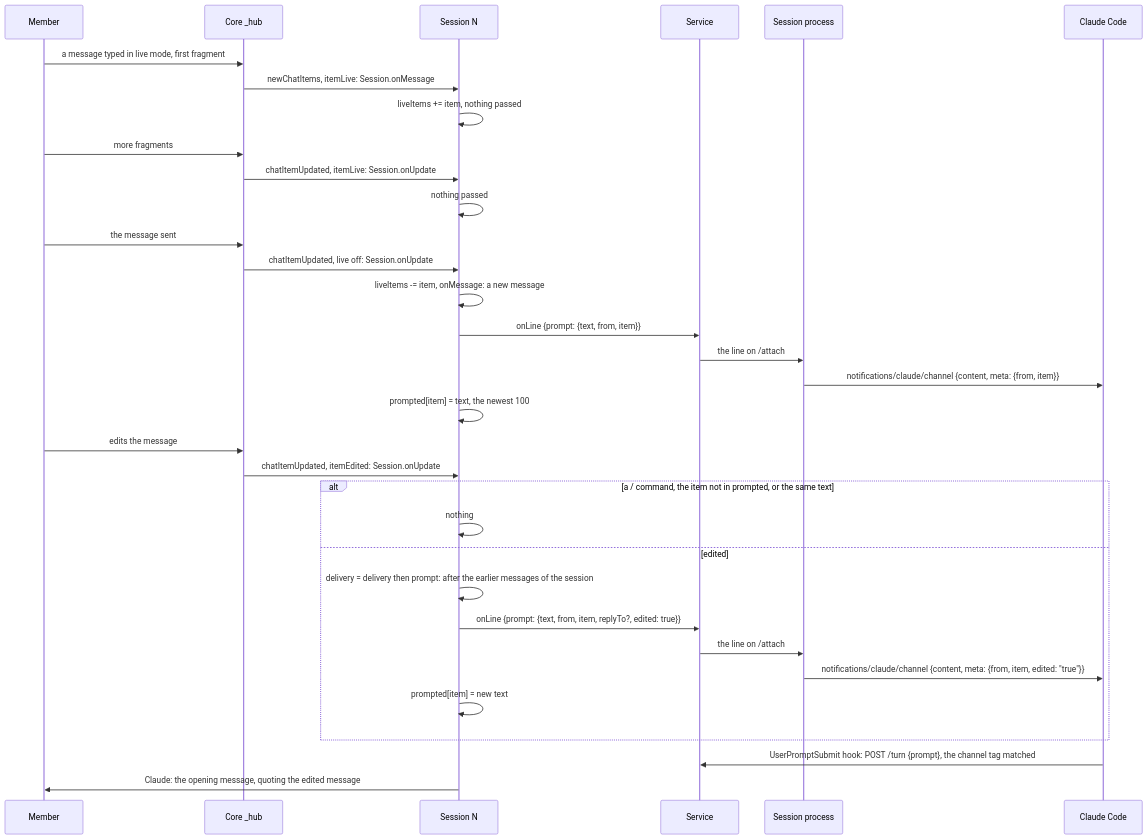
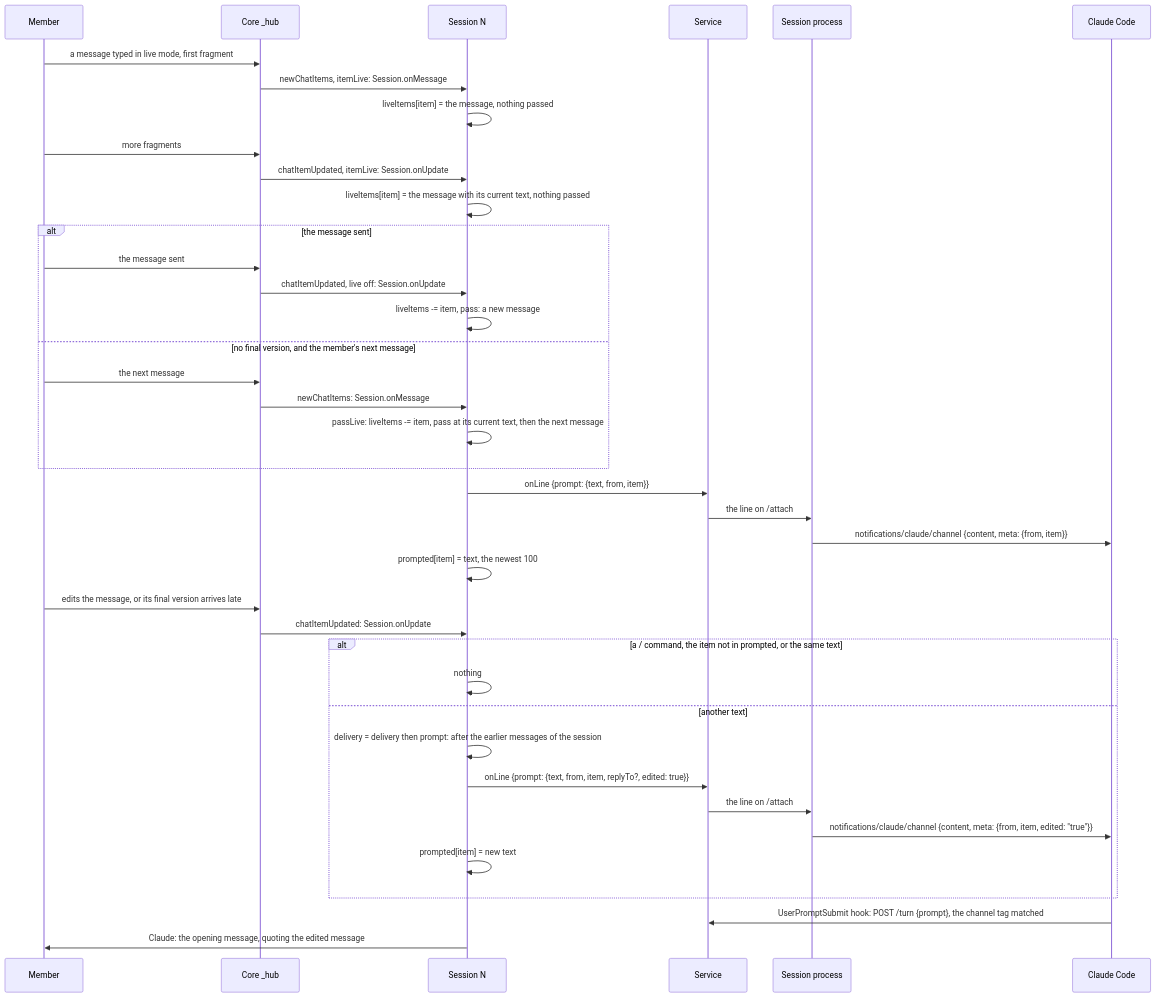
Diagram 40 of 40 in packages/simplex-chat-mcp/spec/flows.md (simplex-chat/simplex-chat), drawn with Mermaid before and after one commit. The commit also changed other lines of this file and 6 other files, not shown here.

Commit message:
mcp: a pending live message reaches Claude before its sender's next message

````diff
--- a/packages/simplex-chat-mcp/spec/flows.md
+++ b/packages/simplex-chat-mcp/spec/flows.md
@@ -1826,35 +1826,41 @@
 ```mermaid
 sequenceDiagram
   participant O as Member
   participant C as Core _hub
   participant N as Session N
   participant D as Service
   participant S as Session process
   participant CC as Claude Code
   O->>C: a message typed in live mode, first fragment
   C->>N: newChatItems, itemLive: Session.onMessage
-  N->>N: liveItems += item, nothing passed
+  N->>N: liveItems[item] = the message, nothing passed
   O->>C: more fragments
   C->>N: chatItemUpdated, itemLive: Session.onUpdate
-  N->>N: nothing passed
-  O->>C: the message sent
-  C->>N: chatItemUpdated, live off: Session.onUpdate
-  N->>N: liveItems -= item, onMessage: a new message
+  N->>N: liveItems[item] = the message with its current text, nothing passed
+  alt the message sent
+    O->>C: the message sent
+    C->>N: chatItemUpdated, live off: Session.onUpdate
+    N->>N: liveItems -= item, pass: a new message
+  else no final version, and the member's next message
+    O->>C: the next message
+    C->>N: newChatItems: Session.onMessage
+    N->>N: passLive: liveItems -= item, pass at its current text, then the next message
+  end
   N->>D: onLine {prompt: {text, from, item}}
   D->>S: the line on /attach
   S->>CC: notifications/claude/channel {content, meta: {from, item}}
   N->>N: prompted[item] = text, the newest 100
-  O->>C: edits the message
-  C->>N: chatItemUpdated, itemEdited: Session.onUpdate
+  O->>C: edits the message, or its final version arrives late
+  C->>N: chatItemUpdated: Session.onUpdate
   alt a / command, the item not in prompted, or the same text
     N->>N: nothing
-  else edited
+  else another text
     N->>N: delivery = delivery then prompt: after the earlier messages of the session
     N->>D: onLine {prompt: {text, from, item, replyTo?, edited: true}}
     D->>S: the line on /attach
     S->>CC: notifications/claude/channel {content, meta: {from, item, edited: "true"}}
     N->>N: prompted[item] = new text
   end
   CC->>D: UserPromptSubmit hook: POST /turn {prompt}, the channel tag matched
   N->>O: Claude: the opening message, quoting the edited message
 ```
````
